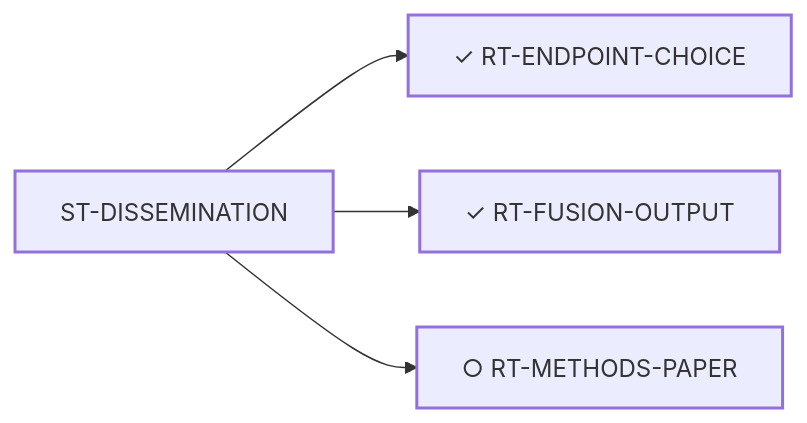
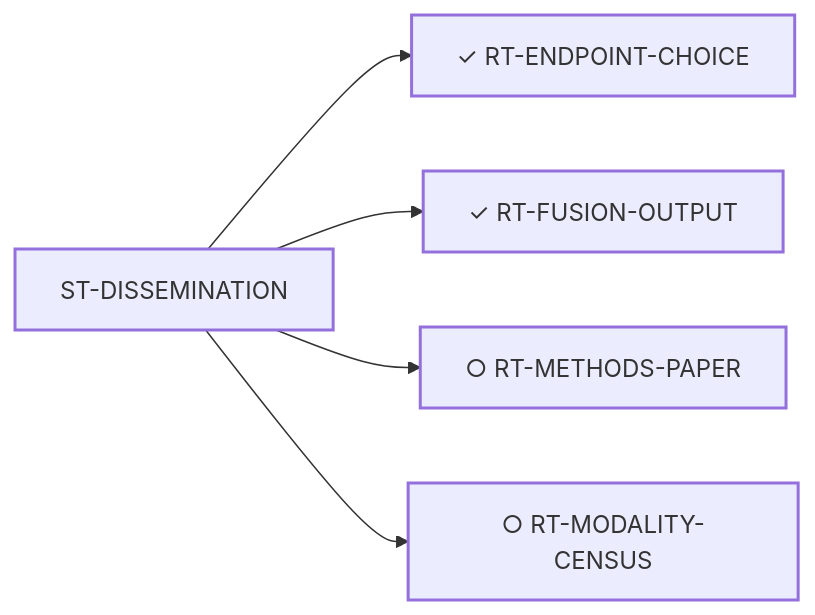
The diagram in systems/views/L1-st-dissemination.md (trimcrae/Rare-cancers), drawn with Mermaid before and after one commit. The commit also changed other lines of this file and 43 other files, not shown here.

````diff
--- a/systems/views/L1-st-dissemination.md
+++ b/systems/views/L1-st-dissemination.md
@@ -34,15 +34,17 @@
 ```mermaid
 flowchart LR
   ST_DISSEMINATION["ST-DISSEMINATION"]:::fam
   RT_ENDPOINT_CHOICE["✓ RT-ENDPOINT-CHOICE"]:::fam
   ST_DISSEMINATION --> RT_ENDPOINT_CHOICE
   RT_FUSION_OUTPUT["✓ RT-FUSION-OUTPUT"]:::fam
   ST_DISSEMINATION --> RT_FUSION_OUTPUT
   RT_METHODS_PAPER["○ RT-METHODS-PAPER"]:::fam
   ST_DISSEMINATION --> RT_METHODS_PAPER
+  RT_MODALITY_CENSUS["○ RT-MODALITY-CENSUS"]:::fam
+  ST_DISSEMINATION --> RT_MODALITY_CENSUS
 
   classDef fam stroke-width:2px;
   classDef blk stroke-width:2px;
   classDef perm stroke-width:4px;
   classDef tech stroke-width:1px,stroke-dasharray:4 3;
 ```
````
